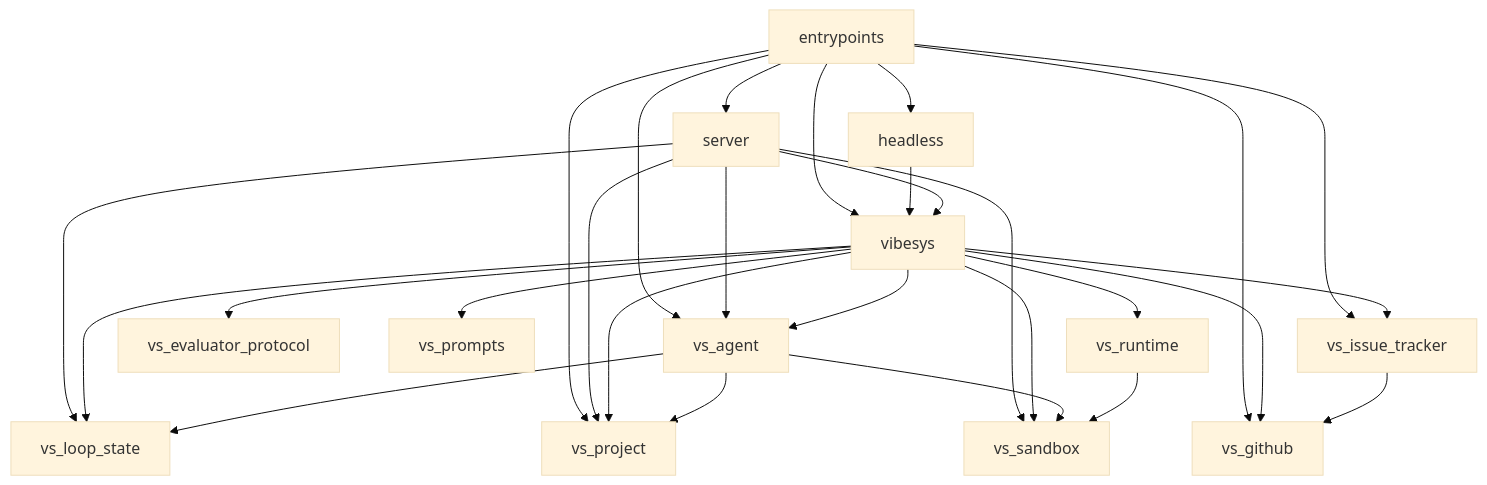
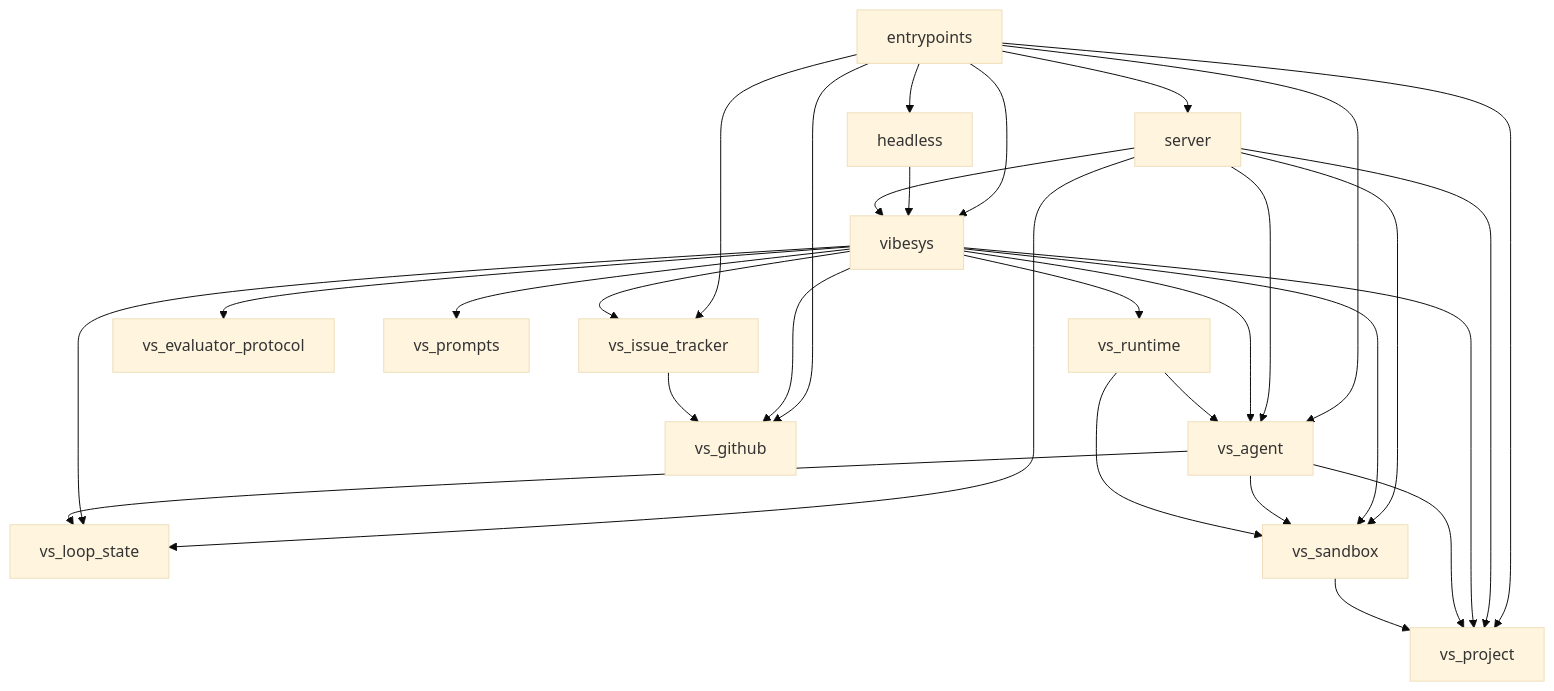
One commit to uw-syfi/vibesys changed the first of 3 diagrams in docs/contributing/architecture.md. Above: the diagram before and after it, drawn with Mermaid (base theme). The commit also changed other lines of this file and 7 other files, not shown here.

Commit message:
Move explicit agent sessions into runtime

````diff
--- a/docs/contributing/architecture.md
+++ b/docs/contributing/architecture.md
@@ -39,30 +39,32 @@
 ```mermaid
 graph TD
     entrypoints --> headless
     entrypoints --> server
     entrypoints --> vibesys
     entrypoints --> vs_agent
     entrypoints --> vs_github
     entrypoints --> vs_issue_tracker
     entrypoints --> vs_project
     headless --> vibesys
     server --> vibesys
     server --> vs_agent
     server --> vs_loop_state
     server --> vs_project
     server --> vs_sandbox
     vibesys --> vs_agent
     vibesys --> vs_evaluator_protocol
     vibesys --> vs_github
     vibesys --> vs_issue_tracker
     vibesys --> vs_loop_state
     vibesys --> vs_project
     vibesys --> vs_prompts
     vibesys --> vs_runtime
     vibesys --> vs_sandbox
     vs_agent --> vs_loop_state
     vs_agent --> vs_project
     vs_agent --> vs_sandbox
     vs_issue_tracker --> vs_github
+    vs_runtime --> vs_agent
     vs_runtime --> vs_sandbox
+    vs_sandbox --> vs_project
 ```
````
